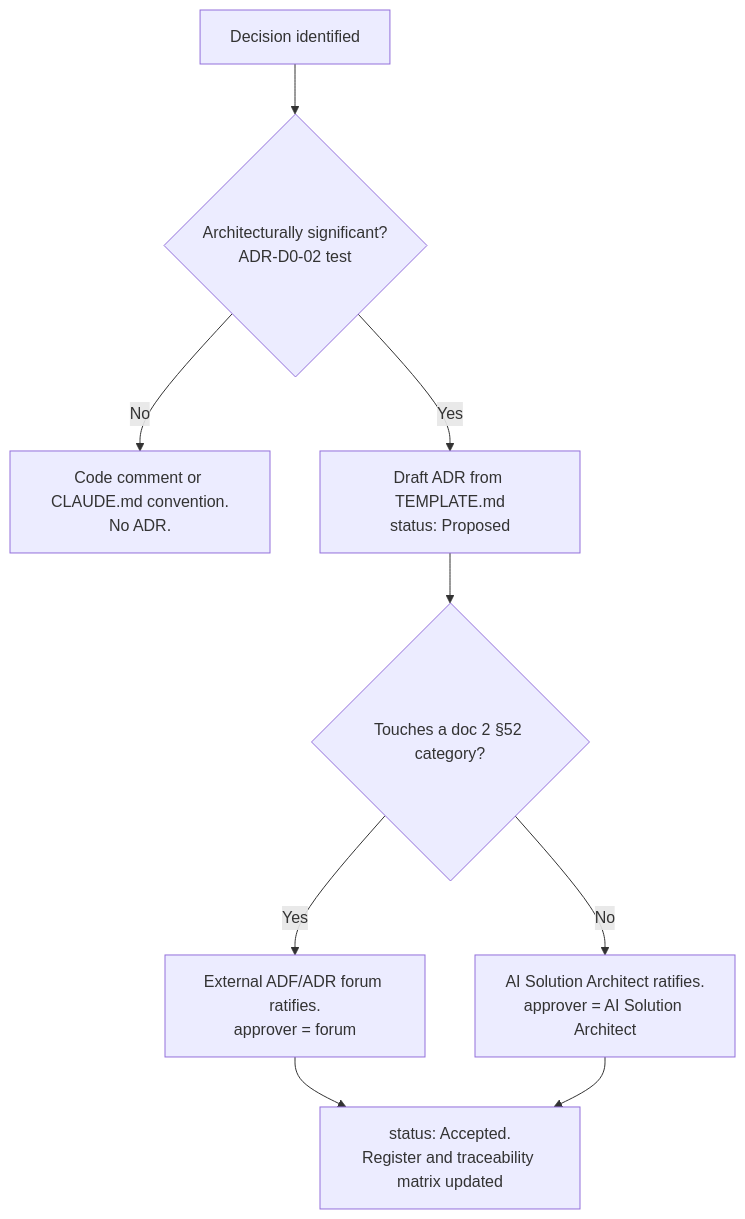
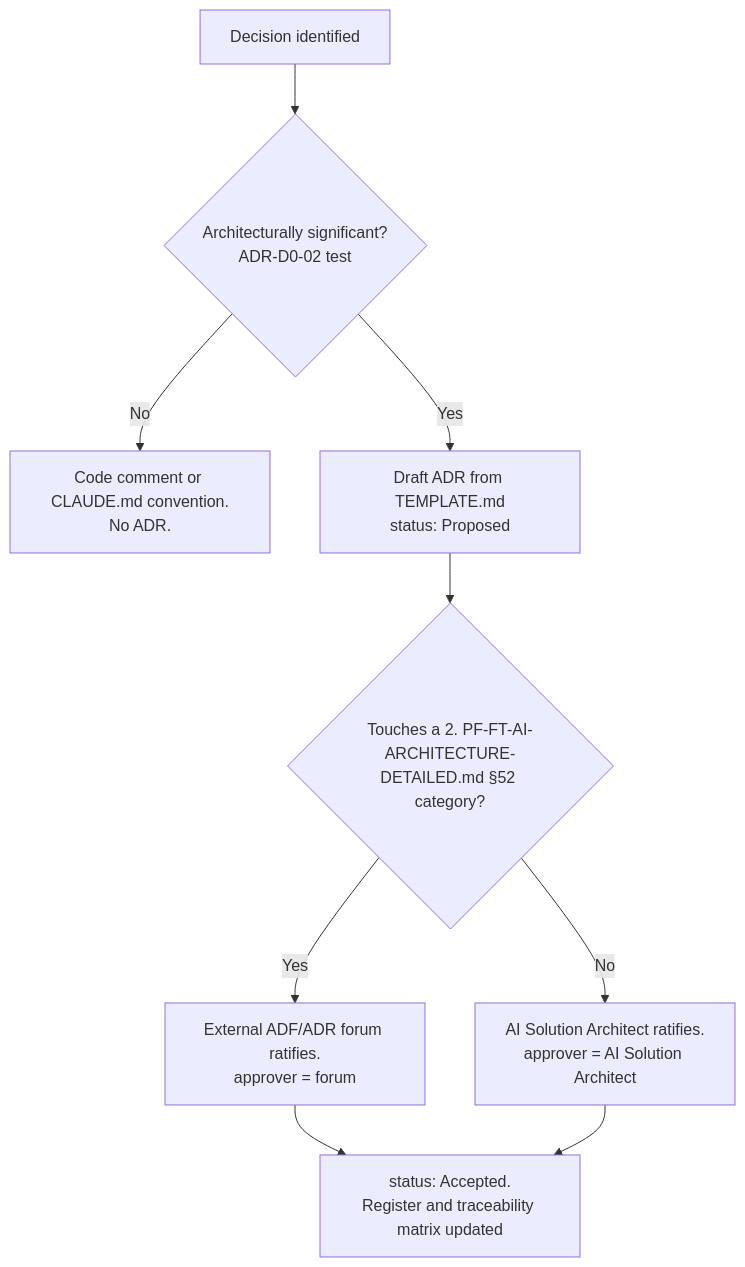
One commit to gobimca87/PF-FT changed the diagram in docs/architecture/adr/00-decision-programme/ADR-D0-01-adopt-adr-driven-architecture-governance.md. Above: the diagram before and after it, drawn with Mermaid. The commit also changed other lines of this file and 143 other files, not shown here.

````diff
--- a/docs/architecture/adr/00-decision-programme/ADR-D0-01-adopt-adr-driven-architecture-governance.md
+++ b/docs/architecture/adr/00-decision-programme/ADR-D0-01-adopt-adr-driven-architecture-governance.md
@@ -374,11 +374,11 @@
 ```mermaid
 flowchart TD
     A[Decision identified] --> B{Architecturally significant?<br/>ADR-D0-02 test}
     B -- No --> C[Code comment or CLAUDE.md convention.<br/>No ADR.]
     B -- Yes --> D[Draft ADR from TEMPLATE.md<br/>status: Proposed]
-    D --> E{Touches a doc 2 §52 category?}
+    D --> E{Touches a 2. PF-FT-AI-ARCHITECTURE-DETAILED.md §52 category?}
     E -- Yes --> F[External ADF/ADR forum ratifies.<br/>approver = forum]
     E -- No --> G[AI Solution Architect ratifies.<br/>approver = AI Solution Architect]
     F --> H[status: Accepted.<br/>Register and traceability matrix updated]
     G --> H
 ```
````
